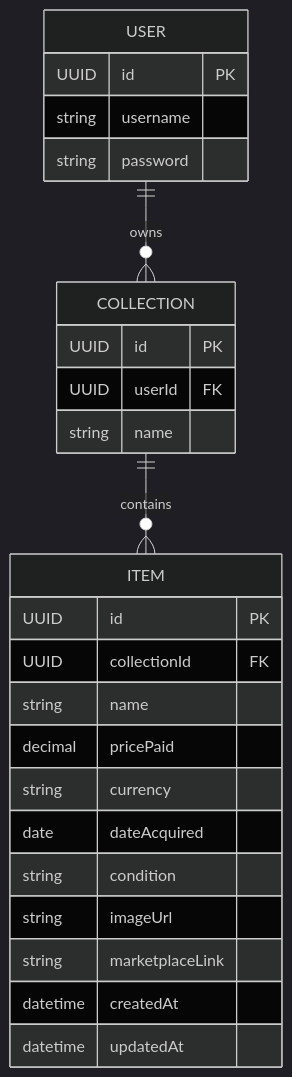
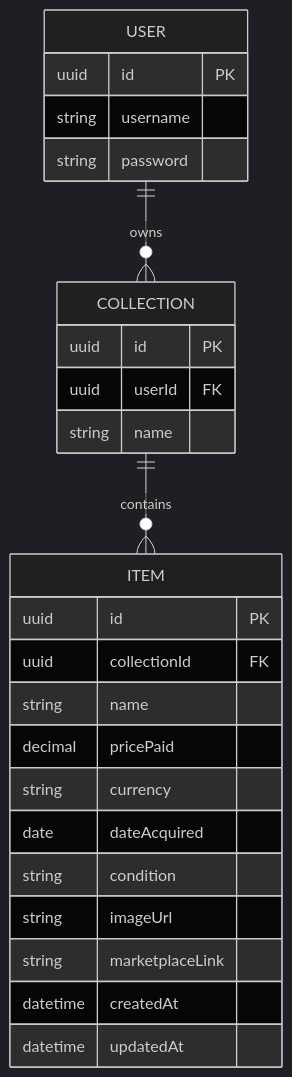
The diagram in database/data-model-mvp.md (MarcoSchoch1/pack-rat-docs), drawn with Mermaid (dark theme) before and after one commit.

Commit message:
fix: Change UUID to uuid in data model cause it didnt load the ERM properly

````diff
--- a/database/data-model-mvp.md
+++ b/database/data-model-mvp.md
@@ -5,28 +5,28 @@
 ```mermaid
 erDiagram
   USER ||--o{ COLLECTION : owns
   COLLECTION ||--o{ ITEM : contains
   USER {
-    UUID id PK
+    uuid id PK
     string username
     string password
   }
   COLLECTION {
-    UUID id PK
-    UUID userId FK
+    uuid id PK
+    uuid userId FK
     string name
   }
   ITEM {
-    UUID id PK
-    UUID collectionId FK
+    uuid id PK
+    uuid collectionId FK
     string name
     decimal pricePaid
     string currency
     date dateAcquired
     string condition
     string imageUrl
     string marketplaceLink
     datetime createdAt
     datetime updatedAt
   }
 ```
````
